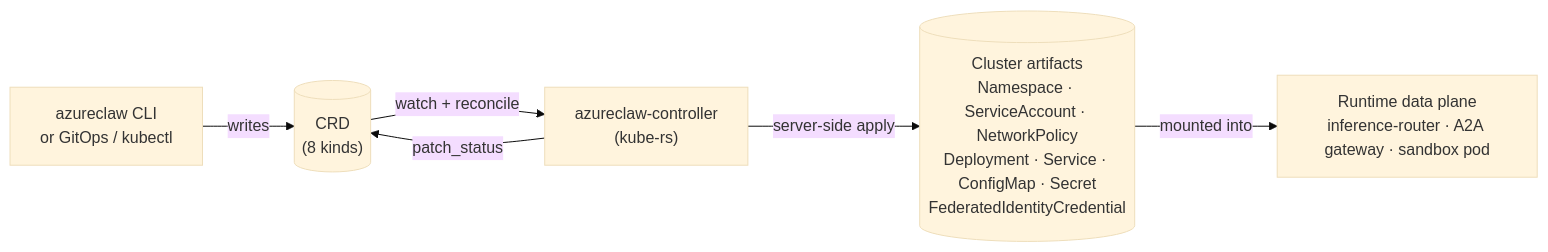
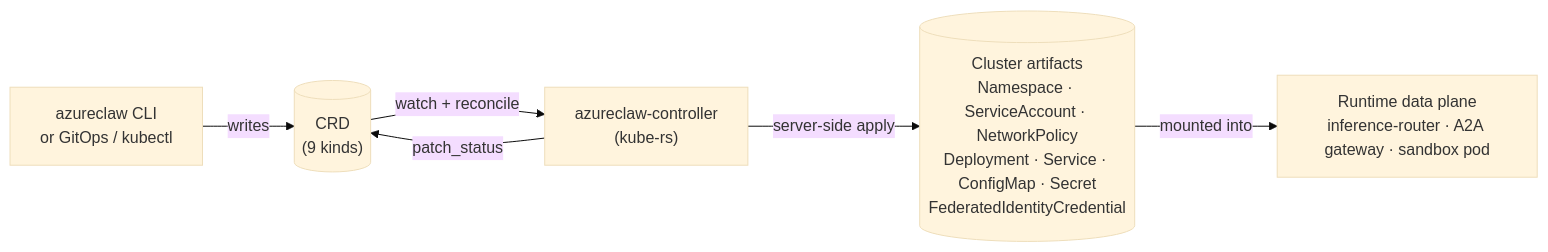
Before and after one commit to lachie83/kars: the first of 7 diagrams in docs/api/lifecycle.md, drawn with Mermaid (base theme). The commit also changed other lines of this file and 20 other files, not shown here.

First line of the commit message:
docs: deep OSS-launch audit — API, diagrams, security, README (#326)

````diff
--- a/docs/api/lifecycle.md
+++ b/docs/api/lifecycle.md
@@ -26,14 +26,14 @@
 ```mermaid
 flowchart LR
   CLI["azureclaw CLI<br/>or GitOps / kubectl"]
-  CRD[("CRD<br/>(8 kinds)")]
+  CRD[("CRD<br/>(9 kinds)")]
   Ctrl["azureclaw-controller<br/>(kube-rs)"]
   Art[("Cluster artifacts<br/>Namespace · ServiceAccount · NetworkPolicy<br/>Deployment · Service · ConfigMap · Secret<br/>FederatedIdentityCredential")]
   Runtime["Runtime data plane<br/>inference-router · A2A gateway · sandbox pod"]
 
   CLI -->|writes| CRD
   CRD -->|watch + reconcile| Ctrl
   Ctrl -->|server-side apply| Art
   Art -->|mounted into| Runtime
   Ctrl -->|patch_status| CRD
 ```
````
